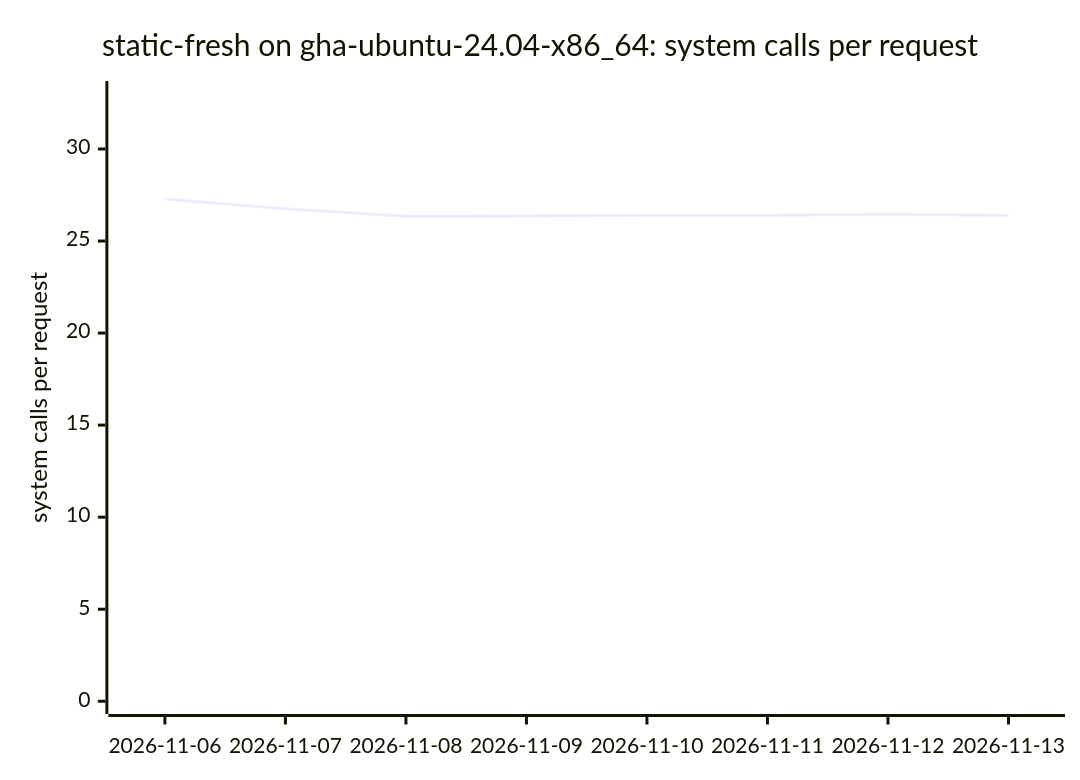
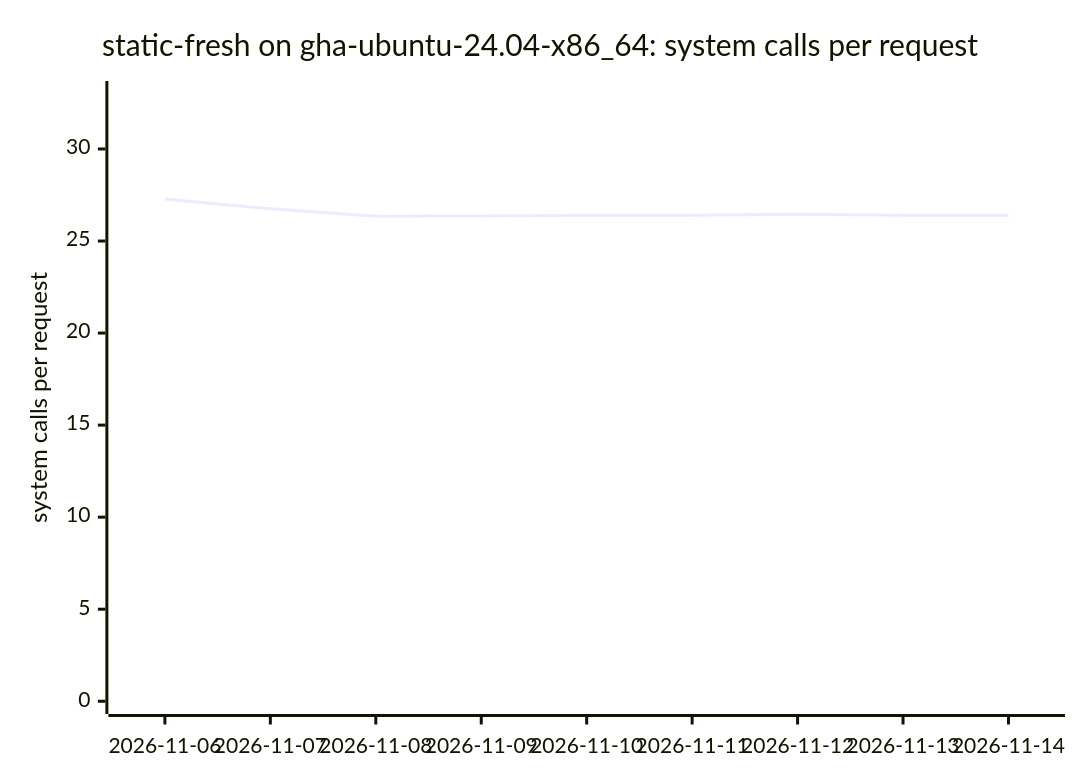
Before and after one commit to ThePixelPilgrim/durchlauferhitzer: diagram 12 of 18 in BENCHMARKS.md, drawn with Mermaid. The commit also changed other lines of this file and 1 other file, not shown here.

````diff
--- a/BENCHMARKS.md
+++ b/BENCHMARKS.md
@@ -138,7 +138,7 @@
 ```mermaid
 xychart-beta
   title "static-fresh on gha-ubuntu-24.04-x86_64: system calls per request"
-  x-axis ["2026-11-06", "2026-11-07", "2026-11-08", "2026-11-09", "2026-11-10", "2026-11-11", "2026-11-12", "2026-11-13"]
+  x-axis ["2026-11-06", "2026-11-07", "2026-11-08", "2026-11-09", "2026-11-10", "2026-11-11", "2026-11-12", "2026-11-13", "2026-11-14"]
   y-axis "system calls per request" 0 --> 33
-  line [27.28, 26.75, 26.35, 26.36, 26.40, 26.40, 26.45, 26.40]
+  line [27.28, 26.75, 26.35, 26.36, 26.40, 26.40, 26.45, 26.40, 26.40]
 ```
````
